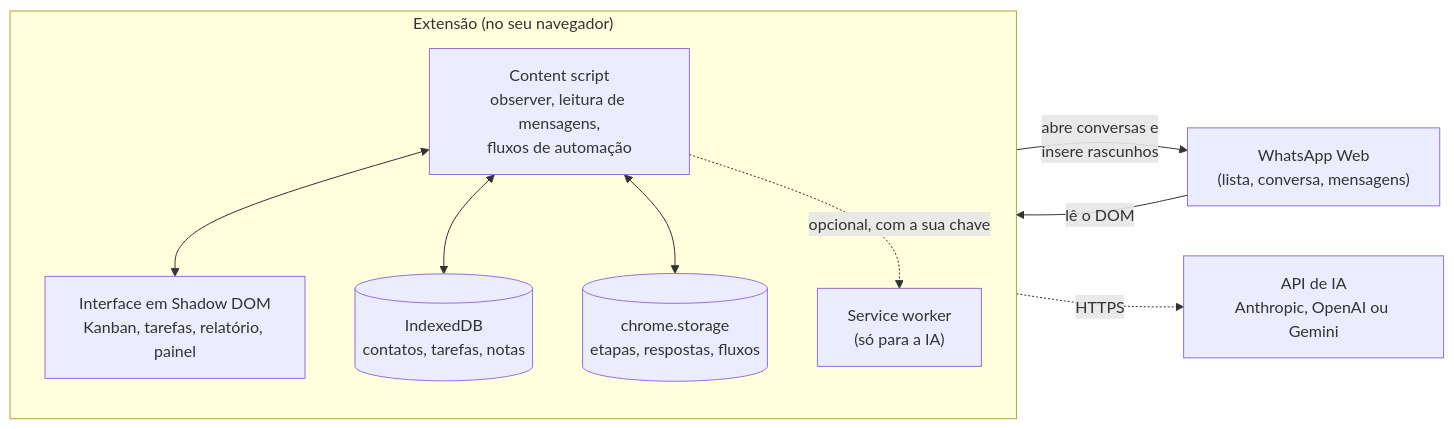
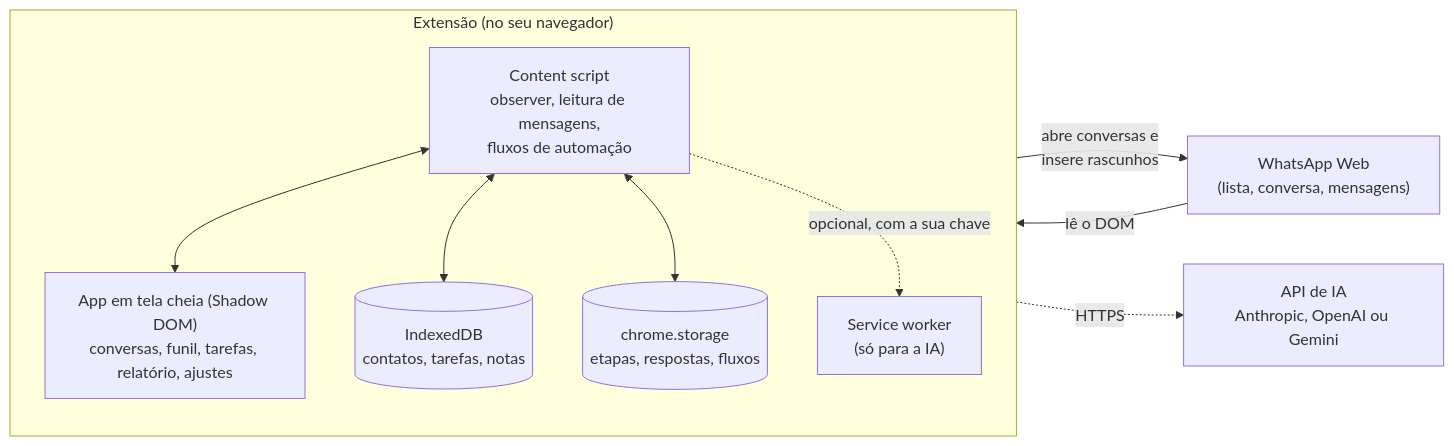
The diagram in README.md (vileondev/minicrm), drawn with Mermaid before and after one commit. The commit also changed other lines of this file and 22 other files, not shown here.

````diff
--- a/README.md
+++ b/README.md
@@ -50,23 +79,23 @@
 ```mermaid
 flowchart LR
     WA["WhatsApp Web<br/>(lista, conversa, mensagens)"]
 
     subgraph EXT["Extensão (no seu navegador)"]
         direction TB
         CS["Content script<br/>observer, leitura de mensagens,<br/>fluxos de automação"]
-        UI["Interface em Shadow DOM<br/>Kanban, tarefas, relatório, painel"]
+        UI["App em tela cheia (Shadow DOM)<br/>conversas, funil, tarefas, relatório, ajustes"]
         DB[("IndexedDB<br/>contatos, tarefas, notas")]
         ST[("chrome.storage<br/>etapas, respostas, fluxos")]
         SW["Service worker<br/>(só para a IA)"]
     end
 
     AI["API de IA<br/>Anthropic, OpenAI ou Gemini"]
 
     WA -- "lê o DOM" --> CS
     CS -- "abre conversas e<br/>insere rascunhos" --> WA
     CS <--> UI
     CS <--> DB
     CS <--> ST
     CS -. "opcional, com a sua chave" .-> SW
     SW -. "HTTPS" .-> AI
 ```
````
